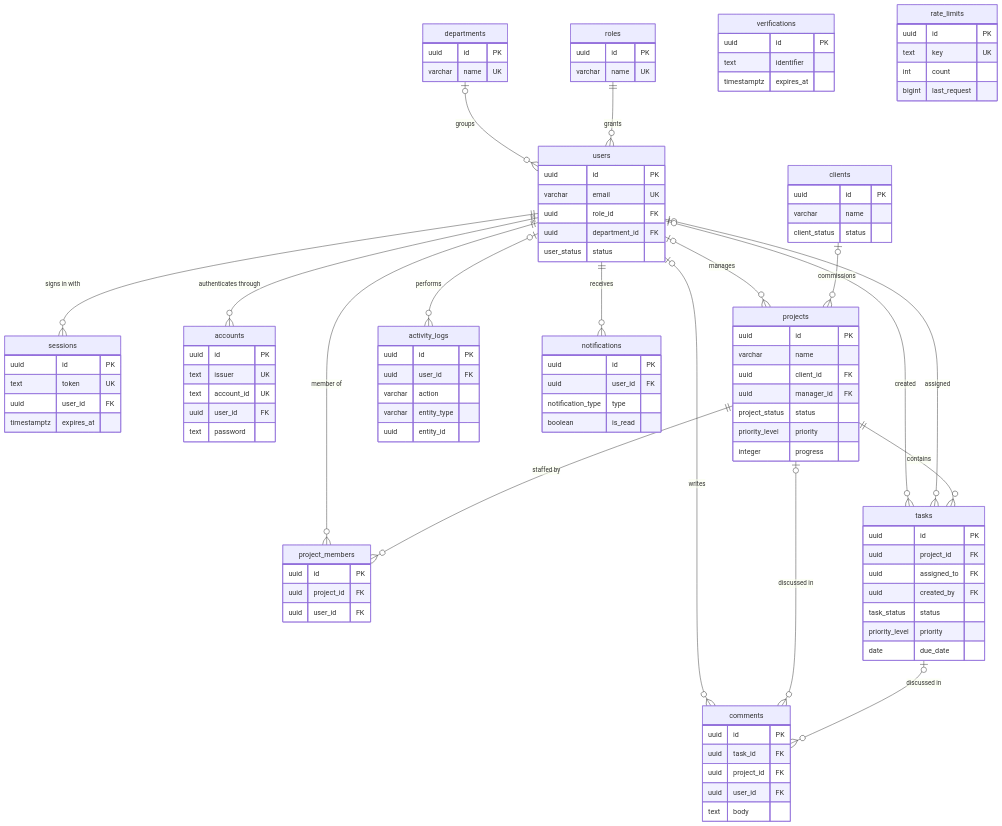
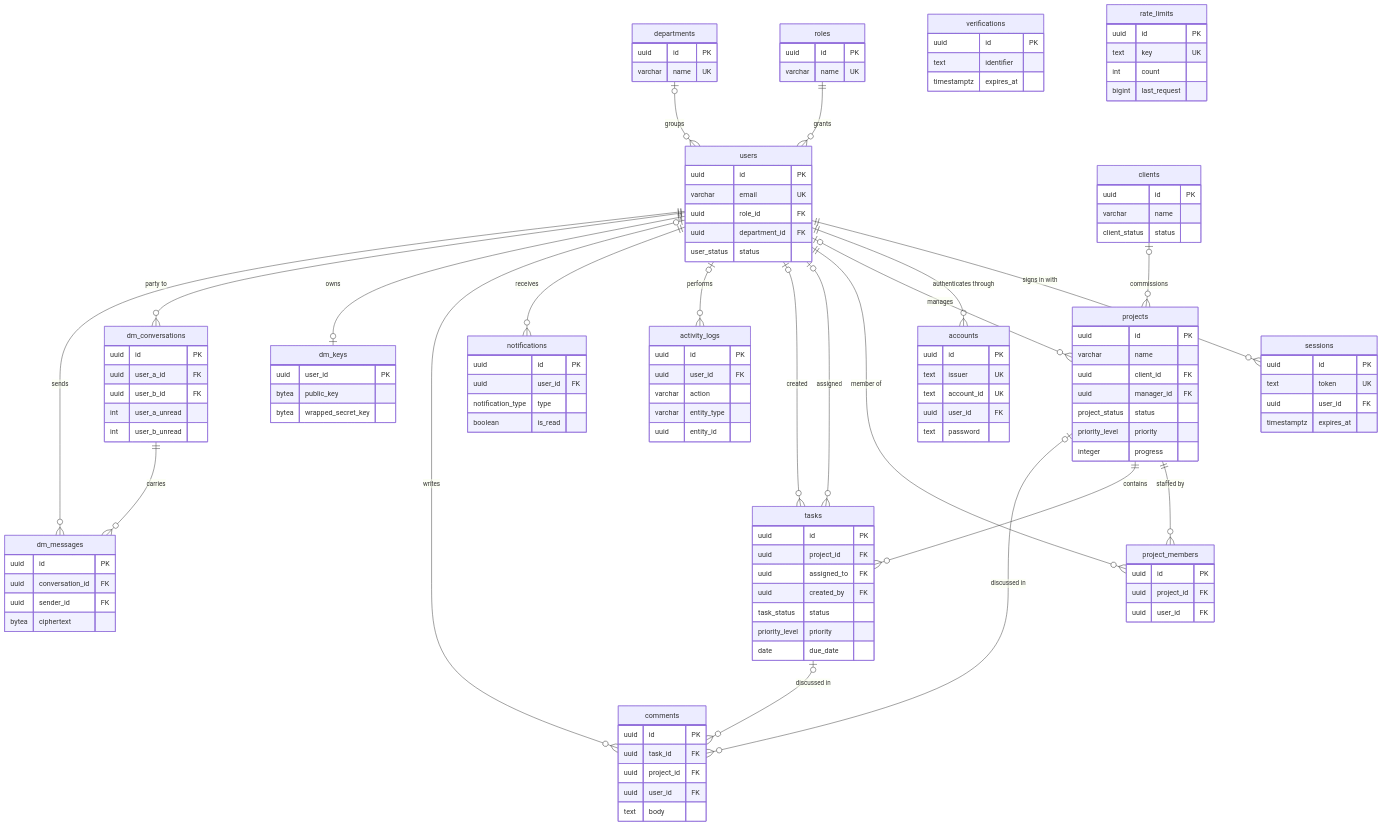
One commit to Ndet0/find-my-org changed the diagram in docs/db_schema.md. Above: the diagram before and after it, drawn with Mermaid. The commit also changed other lines of this file and 63 other files, not shown here.

````diff
--- a/docs/db_schema.md
+++ b/docs/db_schema.md
@@ -130,6 +130,27 @@
         text body
     }
 
+    dm_keys {
+        uuid user_id PK
+        bytea public_key
+        bytea wrapped_secret_key
+    }
+
+    dm_conversations {
+        uuid id PK
+        uuid user_a_id FK
+        uuid user_b_id FK
+        int user_a_unread
+        int user_b_unread
+    }
+
+    dm_messages {
+        uuid id PK
+        uuid conversation_id FK
+        uuid sender_id FK
+        bytea ciphertext
+    }
+
     roles           ||--o{ users           : "grants"
     departments     |o--o{ users           : "groups"
     users           ||--o{ sessions        : "signs in with"
@@ -146,4 +167,8 @@
     tasks           |o--o{ comments        : "discussed in"
     projects        |o--o{ comments        : "discussed in"
     users           |o--o{ comments        : "writes"
+    users           ||--o| dm_keys         : "owns"
+    users           ||--o{ dm_conversations : "party to"
+    dm_conversations ||--o{ dm_messages    : "carries"
+    users           ||--o{ dm_messages     : "sends"
 ```
````
